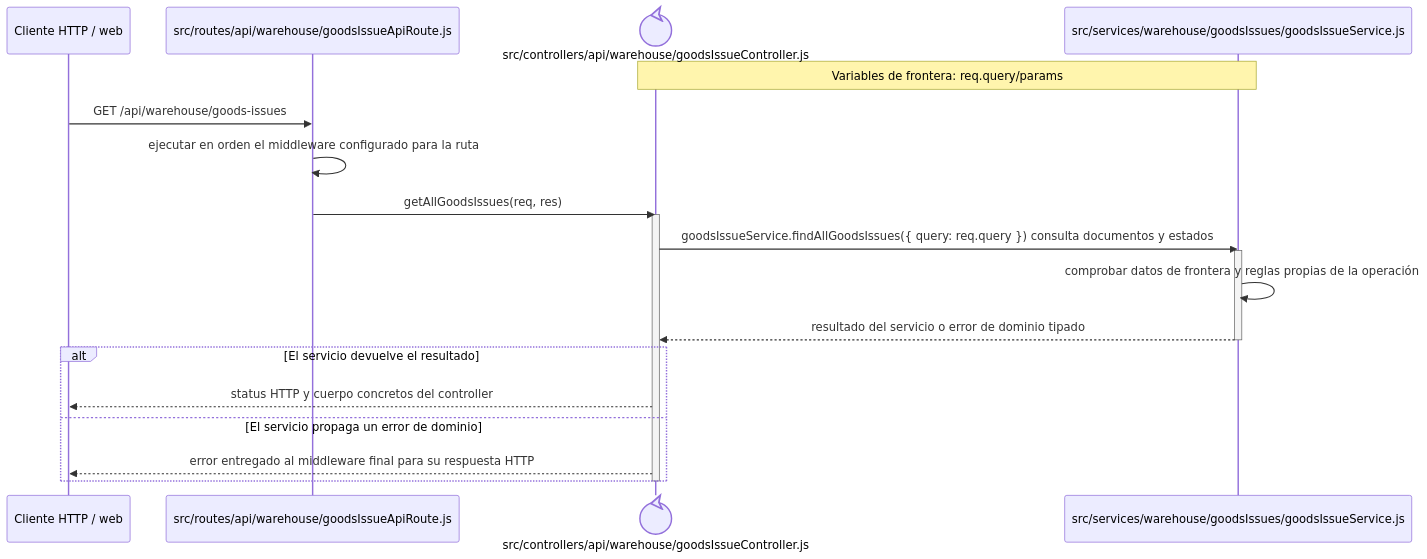
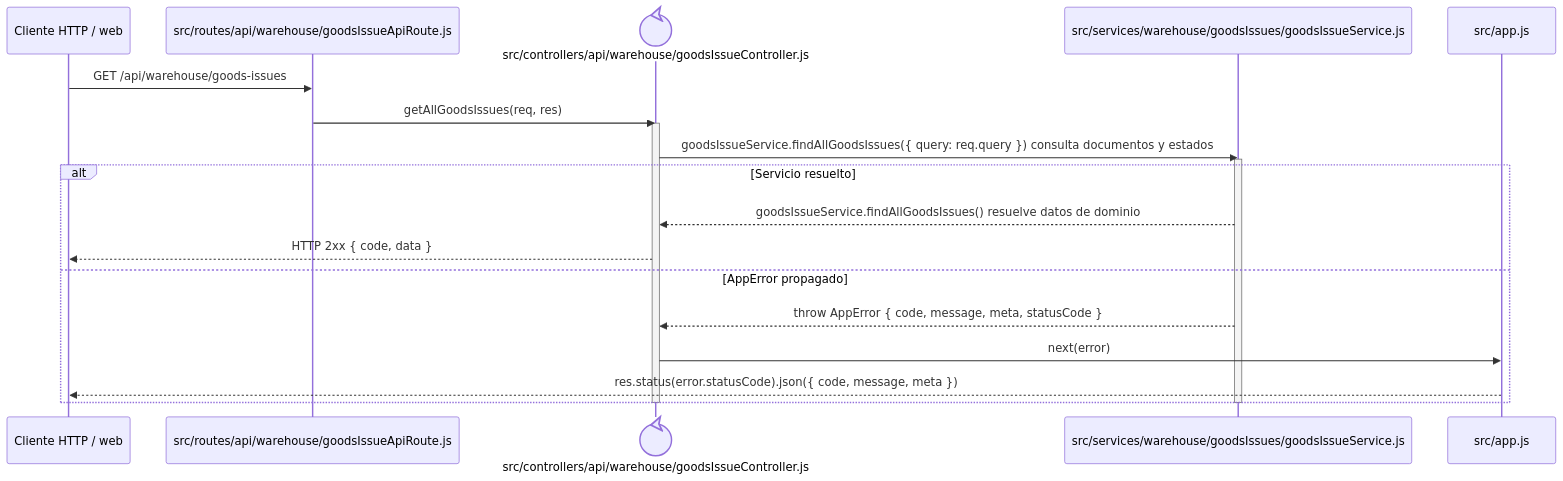
The diagram in docs/architecture/backend-code-sequences/issues/cu-sal-01.md (gpgsistemas01/nexus), drawn with Mermaid before and after one commit. The commit also changed 148 other files, not shown here.

````diff
--- a/docs/architecture/backend-code-sequences/issues/cu-sal-01.md
+++ b/docs/architecture/backend-code-sequences/issues/cu-sal-01.md
@@ -6,24 +6,24 @@
 ```mermaid
 sequenceDiagram
     participant Client as Cliente HTTP / web
     participant Route as src/routes/api/warehouse/goodsIssueApiRoute.js
     participant Controller@{ "type": "control" } as src/controllers/api/warehouse/goodsIssueController.js
     participant Domain as src/services/warehouse/goodsIssues/goodsIssueService.js
-    Note over Controller,Domain: Variables de frontera: req.query/params
+    participant ErrorHandler as src/app.js
 
     Client->>Route: GET /api/warehouse/goods-issues
-    Route->>Route: ejecutar en orden el middleware configurado para la ruta
     Route->>Controller: getAllGoodsIssues(req, res)
     activate Controller
     Controller->>Domain: goodsIssueService.findAllGoodsIssues({ query: req.query }) consulta documentos y estados
     activate Domain
-    Domain->>Domain: comprobar datos de frontera y reglas propias de la operación
-    Domain-->>Controller: resultado del servicio o error de dominio tipado
+    alt Servicio resuelto
+        Domain-->>Controller: goodsIssueService.findAllGoodsIssues() resuelve datos de dominio
+        Controller-->>Client: HTTP 2xx { code, data }
+    else AppError propagado
+        Domain-->>Controller: throw AppError { code, message, meta, statusCode }
+        Controller->>ErrorHandler: next(error)
+        ErrorHandler-->>Client: res.status(error.statusCode).json({ code, message, meta })
+    end
     deactivate Domain
-    alt El servicio devuelve el resultado
-        Controller-->>Client: status HTTP y cuerpo concretos del controller
-    else El servicio propaga un error de dominio
-        Controller-->>Client: error entregado al middleware final para su respuesta HTTP
-    end
     deactivate Controller
 ```
````
